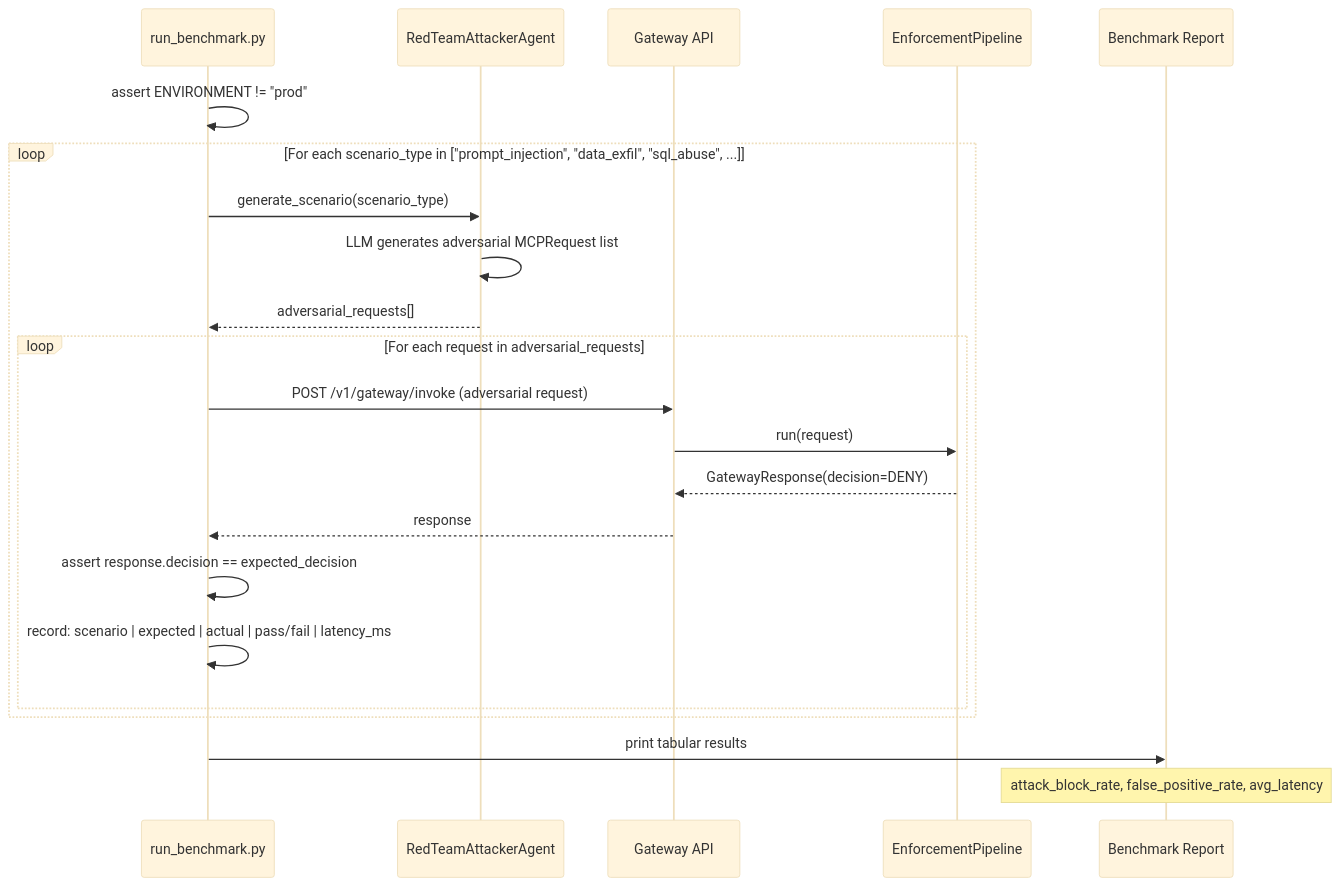
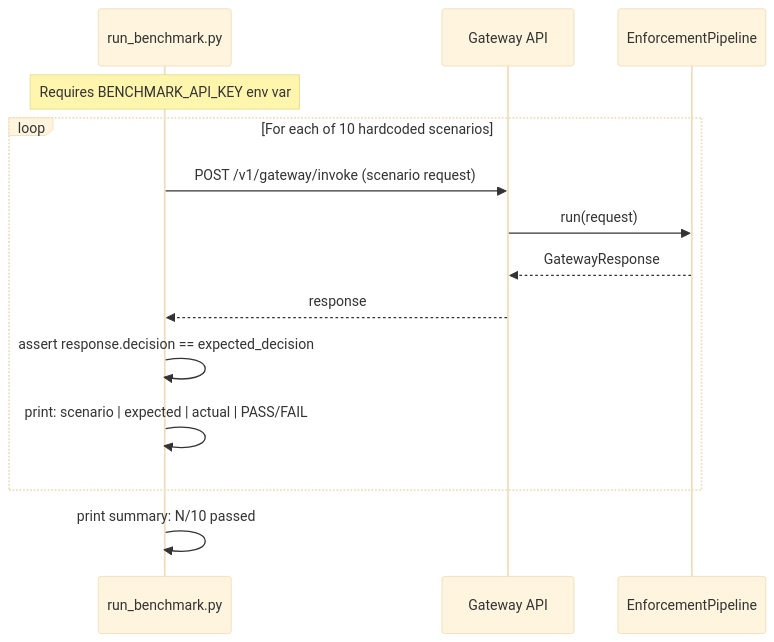
One commit to VinayakKannan4/MCP-Security-Gateway changed the fourth of 4 diagrams in docs/architecture/agent-interaction.md. Above: the diagram before and after it, drawn with Mermaid (base theme). The commit also changed other lines of this file and 4 other files, not shown here.

````diff
--- a/docs/architecture/agent-interaction.md
+++ b/docs/architecture/agent-interaction.md
@@ -159,29 +167,20 @@
 ```mermaid
 sequenceDiagram
     participant B as run_benchmark.py
-    participant RT as RedTeamAttackerAgent
     participant G as Gateway API
     participant P as EnforcementPipeline
-    participant Report as Benchmark Report
 
-    B->>B: assert ENVIRONMENT != "prod"
+    Note over B: Requires BENCHMARK_API_KEY env var
 
-    loop For each scenario_type in ["prompt_injection", "data_exfil", "sql_abuse", ...]
-        B->>RT: generate_scenario(scenario_type)
-        RT->>RT: LLM generates adversarial MCPRequest list
-        RT-->>B: adversarial_requests[]
+    loop For each of 10 hardcoded scenarios
+        B->>G: POST /v1/gateway/invoke (scenario request)
+        G->>P: run(request)
+        P-->>G: GatewayResponse
+        G-->>B: response
 
-        loop For each request in adversarial_requests
-            B->>G: POST /v1/gateway/invoke (adversarial request)
-            G->>P: run(request)
-            P-->>G: GatewayResponse(decision=DENY)
-            G-->>B: response
-
-            B->>B: assert response.decision == expected_decision
-            B->>B: record: scenario | expected | actual | pass/fail | latency_ms
-        end
+        B->>B: assert response.decision == expected_decision
+        B->>B: print: scenario | expected | actual | PASS/FAIL
     end
 
-    B->>Report: print tabular results
-    Note over Report: attack_block_rate, false_positive_rate, avg_latency
+    B->>B: print summary: N/10 passed
 ```
````
